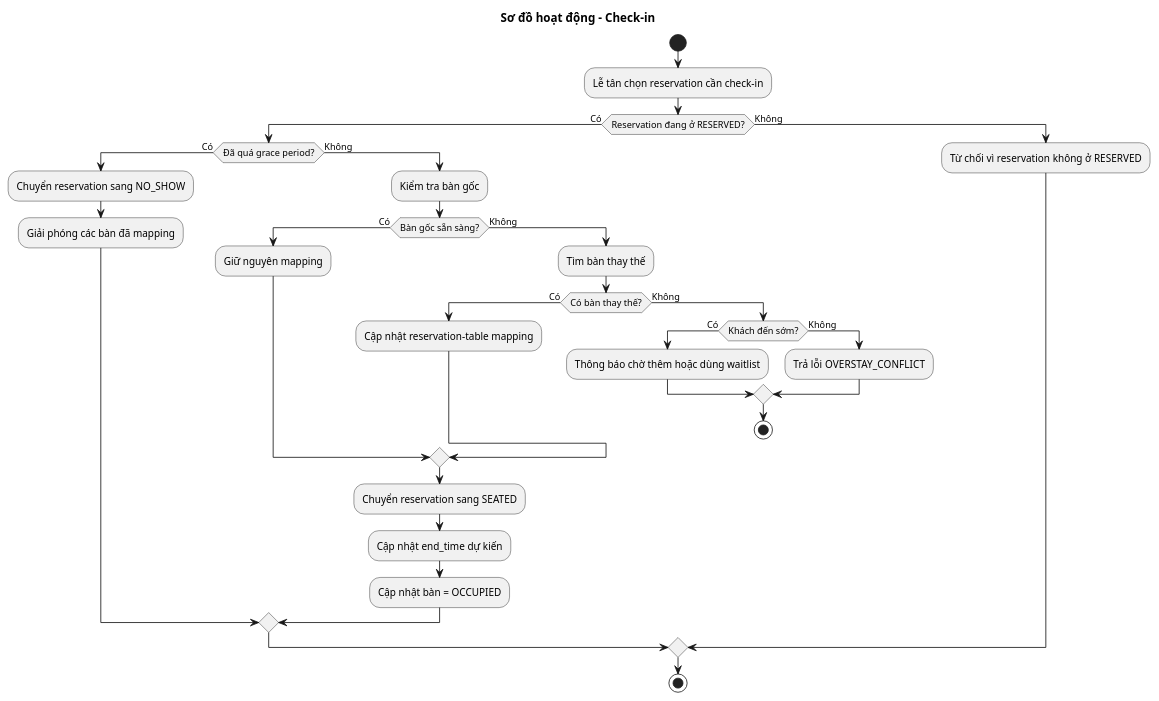
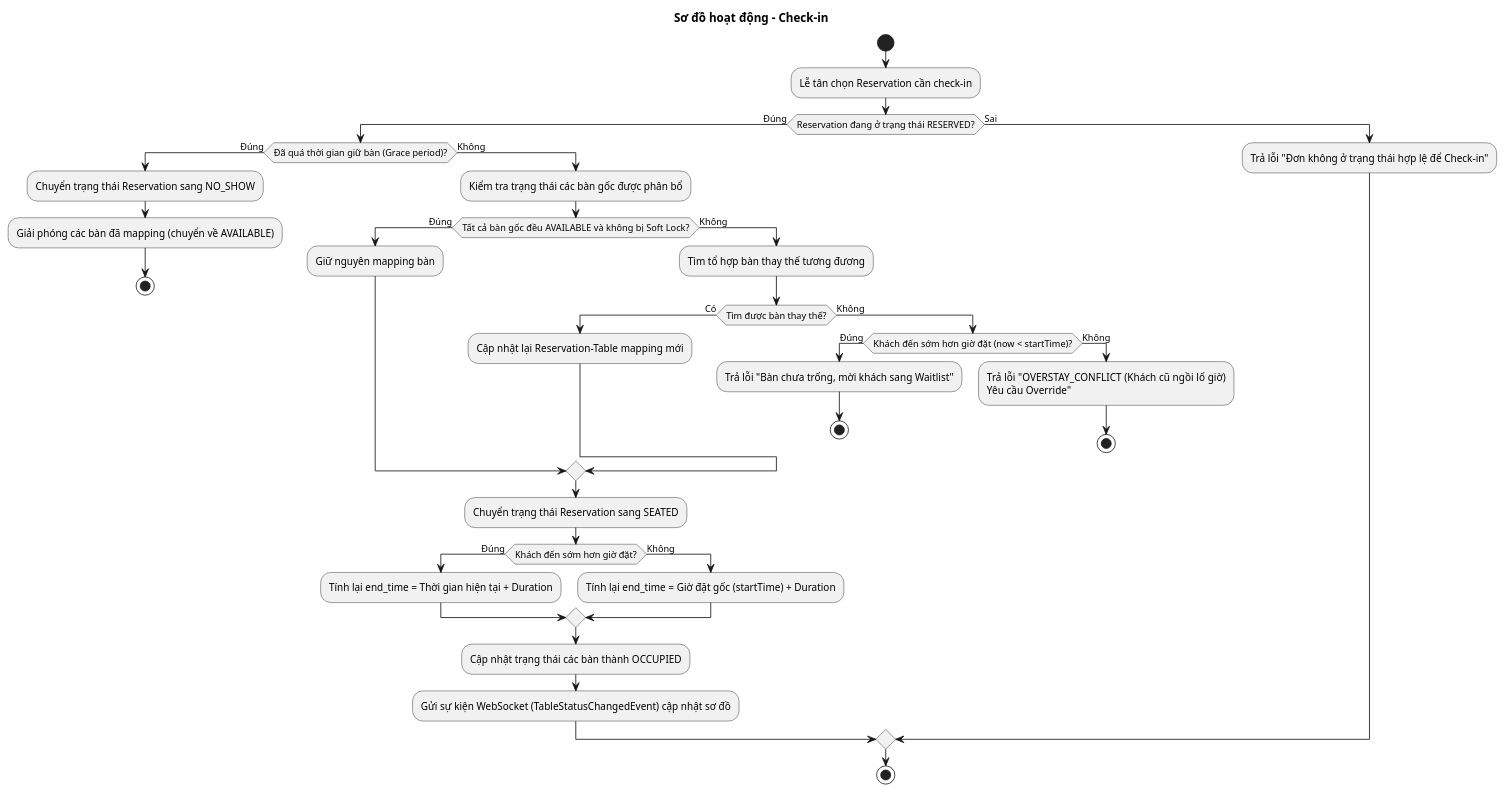
One commit to QuangLam0208/restaurant-reservation-system changed the diagram in docs/uml/activity-check-in.puml. Above: the diagram before and after it, drawn with PlantUML. The commit also changed 4 other files, not shown here.

```diff
--- a/docs/uml/activity-check-in.puml
+++ b/docs/uml/activity-check-in.puml
@@ -1,39 +1,48 @@
 @startuml
 title Sơ đồ hoạt động - Check-in
 skinparam conditionStyle inside
 
 start
-:Lễ tân chọn reservation cần check-in;
+:Lễ tân chọn Reservation cần check-in;
 
-if (Reservation đang ở RESERVED?) then (Có)
-  if (Đã quá grace period?) then (Có)
-    :Chuyển reservation sang NO_SHOW;
-    :Giải phóng các bàn đã mapping;
+if (Reservation đang ở trạng thái RESERVED?) then (Đúng)
+  if (Đã quá thời gian giữ bàn (Grace period)?) then (Đúng)
+    :Chuyển trạng thái Reservation sang NO_SHOW;
+    :Giải phóng các bàn đã mapping (chuyển về AVAILABLE);
+    stop
   else (Không)
-    :Kiểm tra bàn gốc;
-    if (Bàn gốc sẵn sàng?) then (Có)
-      :Giữ nguyên mapping;
+    :Kiểm tra trạng thái các bàn gốc được phân bổ;
+    if (Tất cả bàn gốc đều AVAILABLE và không bị Soft Lock?) then (Đúng)
+      :Giữ nguyên mapping bàn;
     else (Không)
-      :Tìm bàn thay thế;
-      if (Có bàn thay thế?) then (Có)
-        :Cập nhật reservation-table mapping;
+      :Tìm tổ hợp bàn thay thế tương đương;
+      if (Tìm được bàn thay thế?) then (Có)
+        :Cập nhật lại Reservation-Table mapping mới;
       else (Không)
-        if (Khách đến sớm?) then (Có)
-          :Thông báo chờ thêm hoặc dùng waitlist;
+        if (Khách đến sớm hơn giờ đặt (now < startTime)?) then (Đúng)
+          :Trả lỗi "Bàn chưa trống, mời khách sang Waitlist";
+          stop
         else (Không)
-          :Trả lỗi OVERSTAY_CONFLICT;
+          :Trả lỗi "OVERSTAY_CONFLICT (Khách cũ ngồi lố giờ)\nYêu cầu Override";
+          stop
         endif
-        stop
       endif
     endif
 
-    :Chuyển reservation sang SEATED;
-    :Cập nhật end_time dự kiến;
-    :Cập nhật bàn = OCCUPIED;
+    :Chuyển trạng thái Reservation sang SEATED;
+
+    if (Khách đến sớm hơn giờ đặt?) then (Đúng)
+      :Tính lại end_time = Thời gian hiện tại + Duration;
+    else (Không)
+      :Tính lại end_time = Giờ đặt gốc (startTime) + Duration;
+    endif
+
+    :Cập nhật trạng thái các bàn thành OCCUPIED;
+    :Gửi sự kiện WebSocket (TableStatusChangedEvent) cập nhật sơ đồ;
   endif
-else (Không)
-  :Từ chối vì reservation không ở RESERVED;
+else (Sai)
+  :Trả lỗi "Đơn không ở trạng thái hợp lệ để Check-in";
 endif
 
 stop
 @enduml
```
